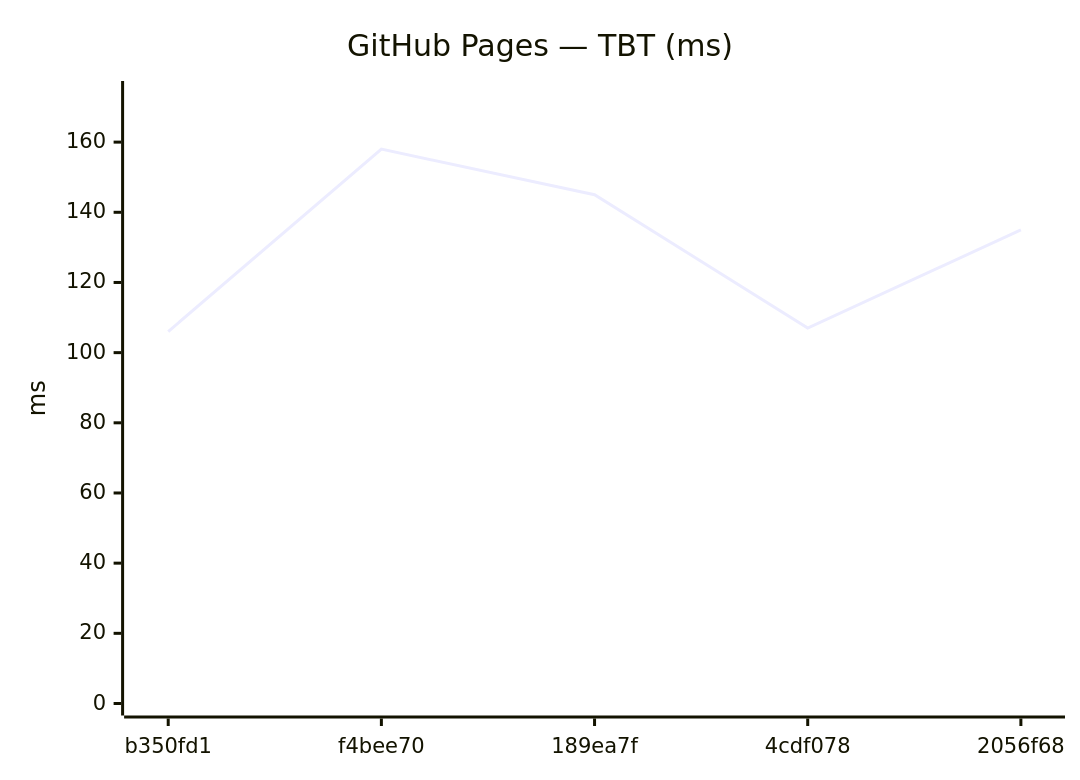
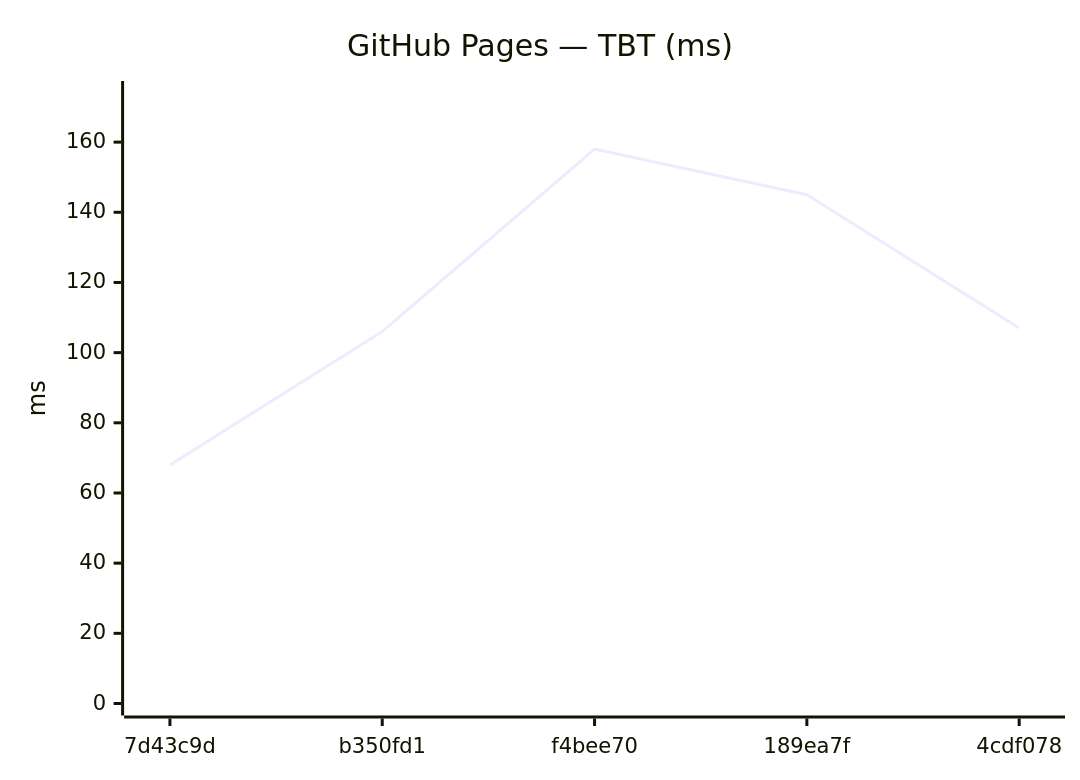
The tenth of 18 diagrams in benchmarks/compare.md (Metaheurist/Rianell), drawn with Mermaid before and after one commit. The commit also changed other lines of this file and 11 other files, not shown here.

````diff
--- a/benchmarks/compare.md
+++ b/benchmarks/compare.md
@@ -149,7 +149,7 @@
 ```mermaid
 xychart-beta
     title "GitHub Pages — TBT (ms)"
-    x-axis ["b350fd1", "f4bee70", "189ea7f", "4cdf078", "2056f68"]
+    x-axis ["7d43c9d", "b350fd1", "f4bee70", "189ea7f", "4cdf078"]
     y-axis "ms" 0 --> 174
-    line [106, 158, 145, 107, 135]
+    line [68, 106, 158, 145, 107]
 ```
````
